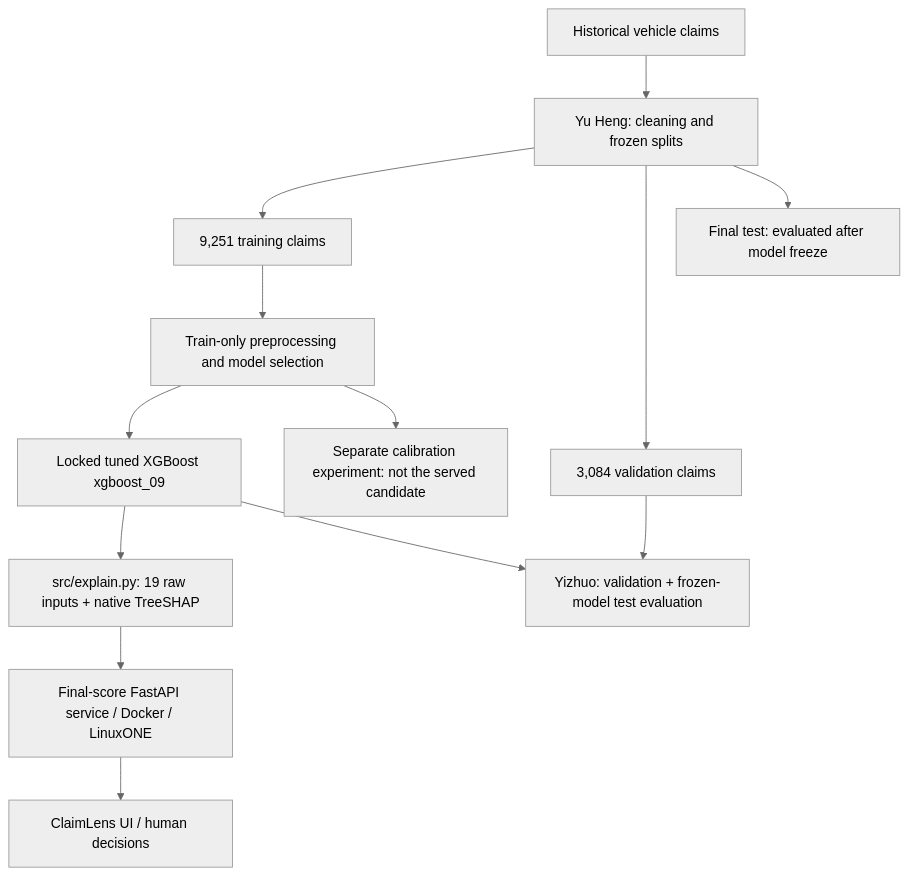
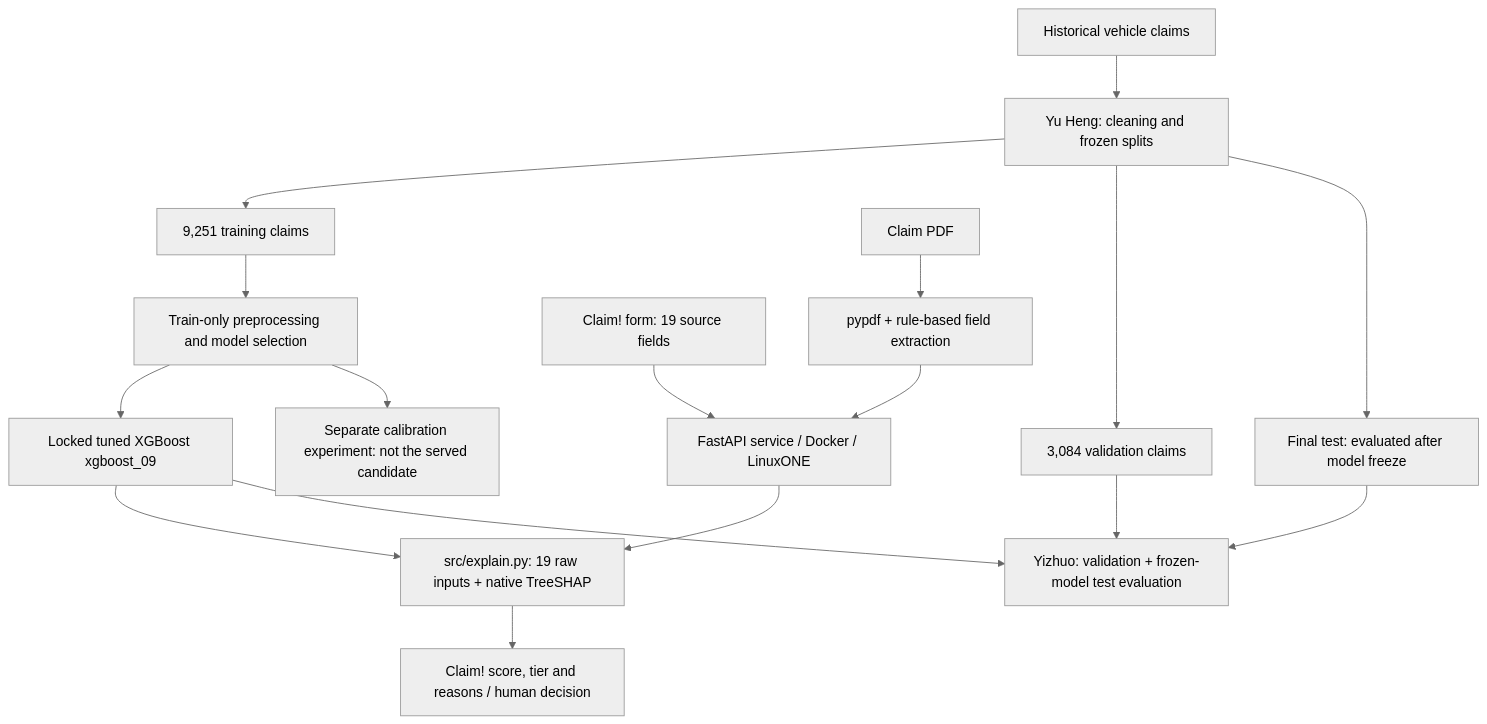
The diagram in docs/architecture.md (damientjk/wedidit), drawn with Mermaid (neutral theme) before and after one commit. The commit also changed other lines of this file and 9 other files, not shown here.

Commit message:
docs: align Claim! architecture and final recording handoff

````diff
--- a/docs/architecture.md
+++ b/docs/architecture.md
@@ -15,15 +15,19 @@
 ```mermaid
 flowchart TB
     RAW["Historical vehicle claims"] --> PREP["Yu Heng: cleaning and frozen splits"]
     PREP --> TRAIN["9,251 training claims"]
     PREP --> VAL["3,084 validation claims"]
     PREP --> TEST["Final test: evaluated after model freeze"]
     TRAIN --> CV["Train-only preprocessing and model selection"]
     CV --> LOCK["Locked tuned XGBoost xgboost_09"]
     LOCK --> EXPLAIN["src/explain.py: 19 raw inputs + native TreeSHAP"]
     LOCK --> EVAL["Yizhuo: validation + frozen-model test evaluation"]
     VAL --> EVAL
-    EXPLAIN --> API["Final-score FastAPI service / Docker / LinuxONE"]
-    API --> UI["ClaimLens UI / human decisions"]
+    TEST --> EVAL
+    FORM["Claim! form: 19 source fields"] --> API["FastAPI service / Docker / LinuxONE"]
+    PDF["Claim PDF"] --> EXTRACT["pypdf + rule-based field extraction"]
+    EXTRACT --> API
+    API --> EXPLAIN
+    EXPLAIN --> UI["Claim! score, tier and reasons / human decision"]
     CV --> CAL["Separate calibration experiment: not the served candidate"]
 ```
````
